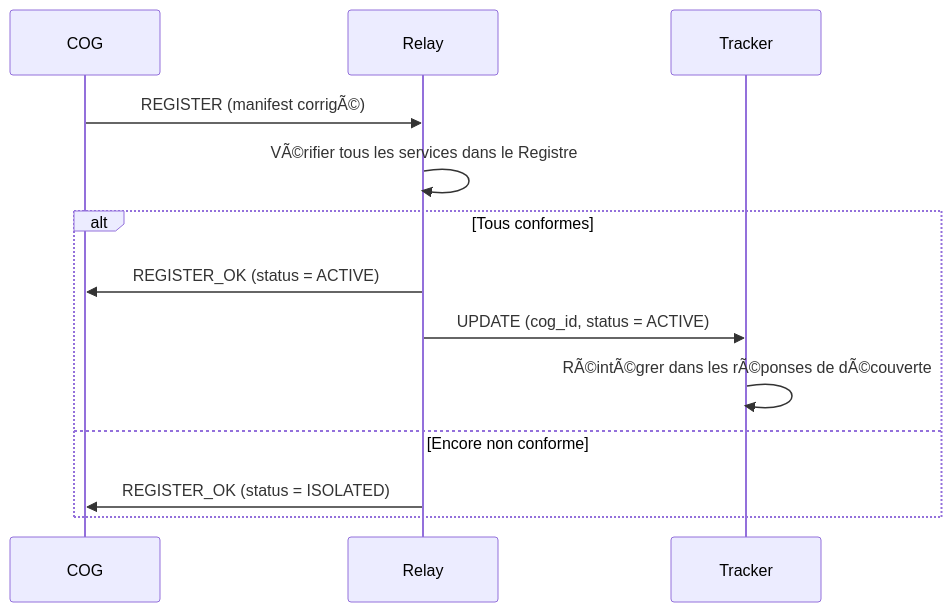
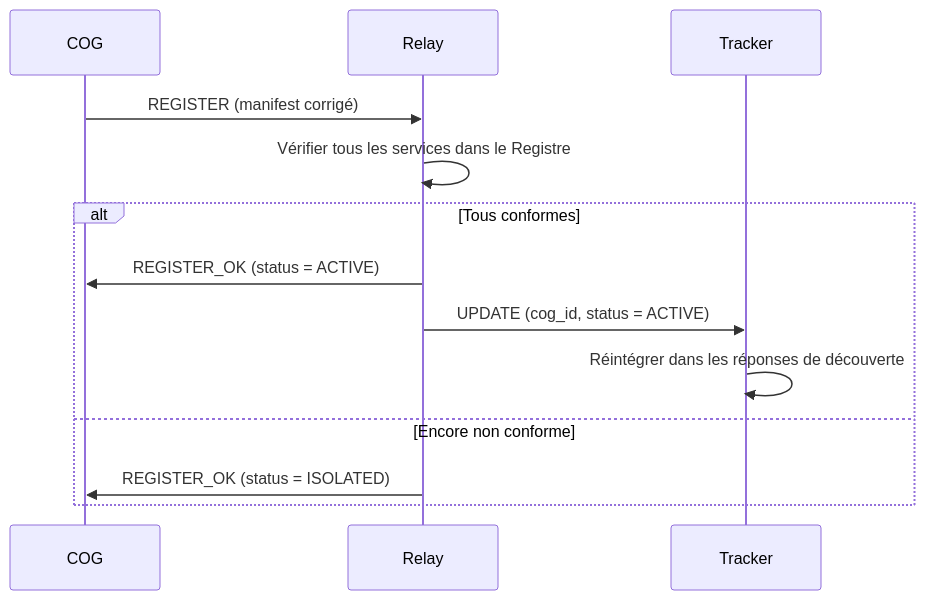
One commit to StudioMiyukini/miyukini_cog changed the fourth of 4 diagrams in docs/miyukini-webway-system/securite/MWS - Registre de Services et Isolation.md. Above: the diagram before and after it, drawn with Mermaid. The commit also changed other lines of this file and 564 other files, not shown here.

````diff
--- a/docs/miyukini-webway-system/securite/MWS - Registre de Services et Isolation.md
+++ b/docs/miyukini-webway-system/securite/MWS - Registre de Services et Isolation.md
@@ -235,16 +235,16 @@
 ```mermaid
 sequenceDiagram
     participant COG as COG
     participant R as Relay
     participant T as Tracker
 
-    COG->>R: REGISTER (manifest corrigÃ©)
-    R->>R: VÃ©rifier tous les services dans le Registre
+    COG->>R: REGISTER (manifest corrigé)
+    R->>R: Vérifier tous les services dans le Registre
     alt Tous conformes
         R->>COG: REGISTER_OK (status = ACTIVE)
         R->>T: UPDATE (cog_id, status = ACTIVE)
-        T->>T: RÃ©intÃ©grer dans les rÃ©ponses de dÃ©couverte
+        T->>T: Réintégrer dans les réponses de découverte
     else Encore non conforme
         R->>COG: REGISTER_OK (status = ISOLATED)
     end
 ```
````
